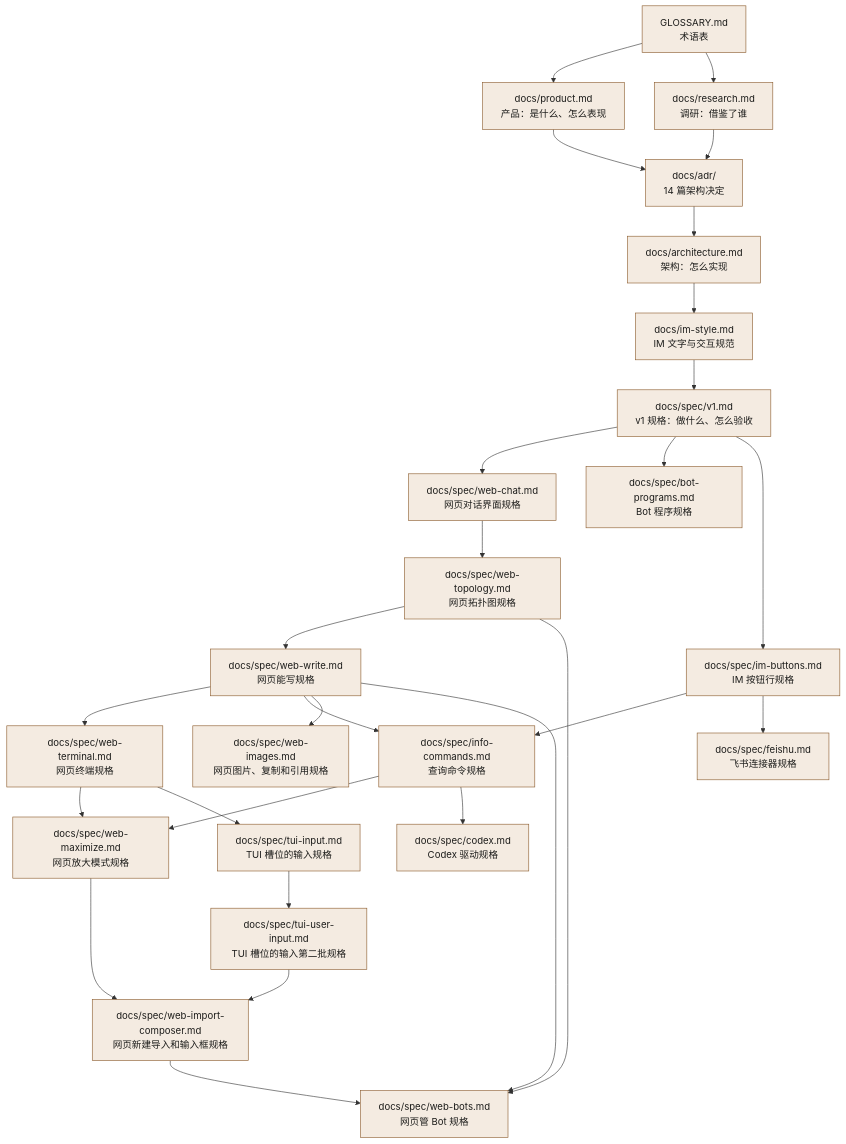
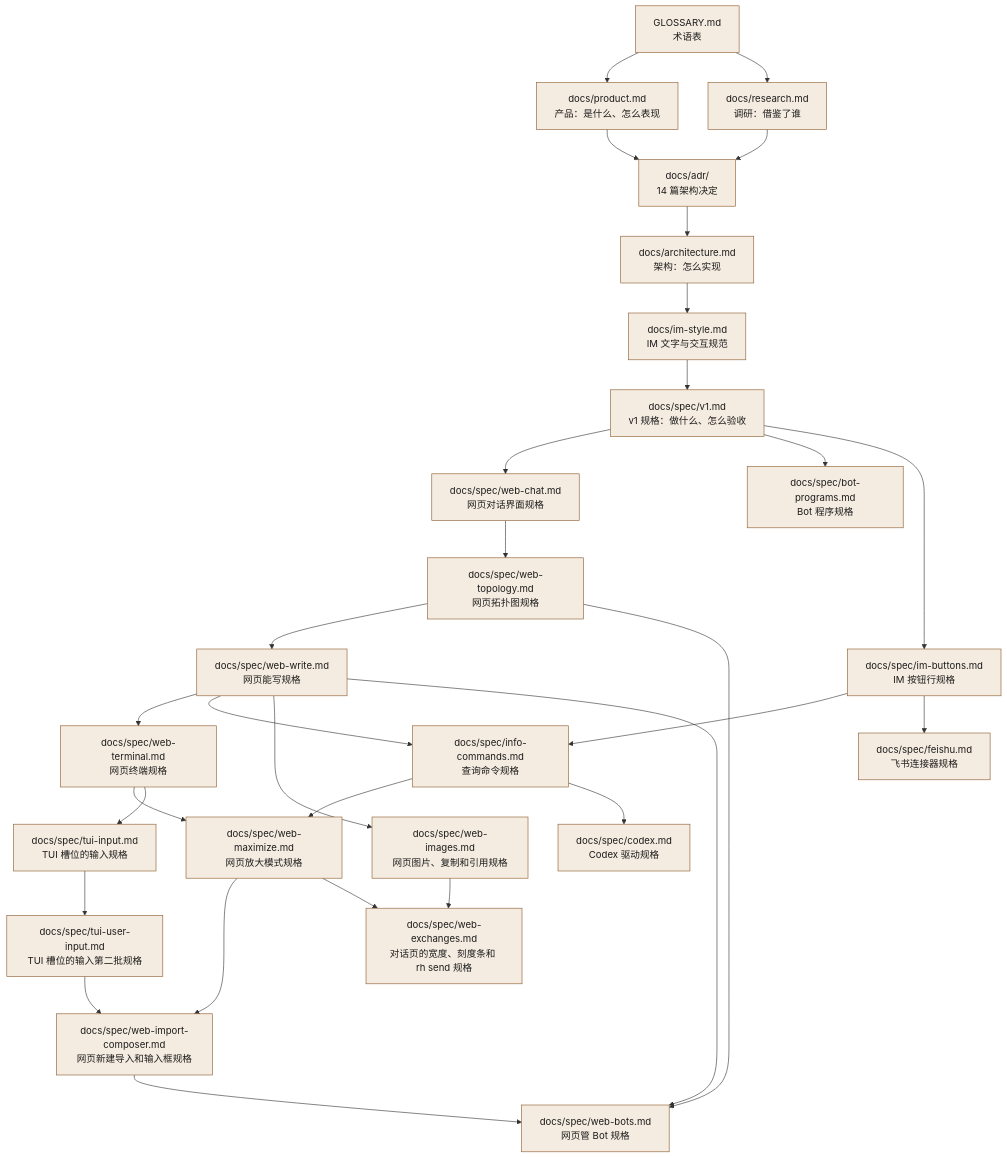
Before and after one commit to RhodiumTeam/Rhodium: the diagram in docs/README.md, drawn with Mermaid. The commit also changed other lines of this file and 158 other files, not shown here.

````diff
--- a/docs/README.md
+++ b/docs/README.md
@@ -11,53 +11,56 @@
 ```mermaid
 flowchart TD
   classDef doc fill:#f4ebe1,stroke:#8a5a2b,color:#1d1d1b
   G["GLOSSARY.md<br/>术语表"]:::doc
   P["docs/product.md<br/>产品：是什么、怎么表现"]:::doc
   R["docs/research.md<br/>调研：借鉴了谁"]:::doc
   D["docs/adr/<br/>14 篇架构决定"]:::doc
   A["docs/architecture.md<br/>架构：怎么实现"]:::doc
   S["docs/spec/v1.md<br/>v1 规格：做什么、怎么验收"]:::doc
   SW["docs/spec/web-chat.md<br/>网页对话界面规格"]:::doc
   ST["docs/spec/web-topology.md<br/>网页拓扑图规格"]:::doc
   S2["docs/spec/bot-programs.md<br/>Bot 程序规格"]:::doc
   SR["docs/spec/web-write.md<br/>网页能写规格"]:::doc
   TE["docs/spec/web-terminal.md<br/>网页终端规格"]:::doc
   SI["docs/spec/im-buttons.md<br/>IM 按钮行规格"]:::doc
   SQ["docs/spec/info-commands.md<br/>查询命令规格"]:::doc
   SM["docs/spec/web-maximize.md<br/>网页放大模式规格"]:::doc
   SF["docs/spec/feishu.md<br/>飞书连接器规格"]:::doc
   SC["docs/spec/codex.md<br/>Codex 驱动规格"]:::doc
   SG["docs/spec/web-images.md<br/>网页图片、复制和引用规格"]:::doc
   TI["docs/spec/tui-input.md<br/>TUI 槽位的输入规格"]:::doc
   TU["docs/spec/tui-user-input.md<br/>TUI 槽位的输入第二批规格"]:::doc
   WI["docs/spec/web-import-composer.md<br/>网页新建导入和输入框规格"]:::doc
   WB["docs/spec/web-bots.md<br/>网页管 Bot 规格"]:::doc
+  WX["docs/spec/web-exchanges.md<br/>对话页的宽度、刻度条和 rh send 规格"]:::doc
   I["docs/im-style.md<br/>IM 文字与交互规范"]:::doc
   G --> P
   G --> R
   P --> D
   R --> D
   D --> A
   A --> I
   I --> S
   S --> SW
   SW --> ST
   S --> S2
   ST --> SR
   SR --> TE
   S --> SI
   SR --> SQ
   SI --> SQ
   TE --> SM
   SQ --> SM
   SI --> SF
   SQ --> SC
   SR --> SG
   TE --> TI
   TI --> TU
   SM --> WI
   TU --> WI
   WI --> WB
   ST --> WB
   SR --> WB
+  SG --> WX
+  SM --> WX
 ```
````
